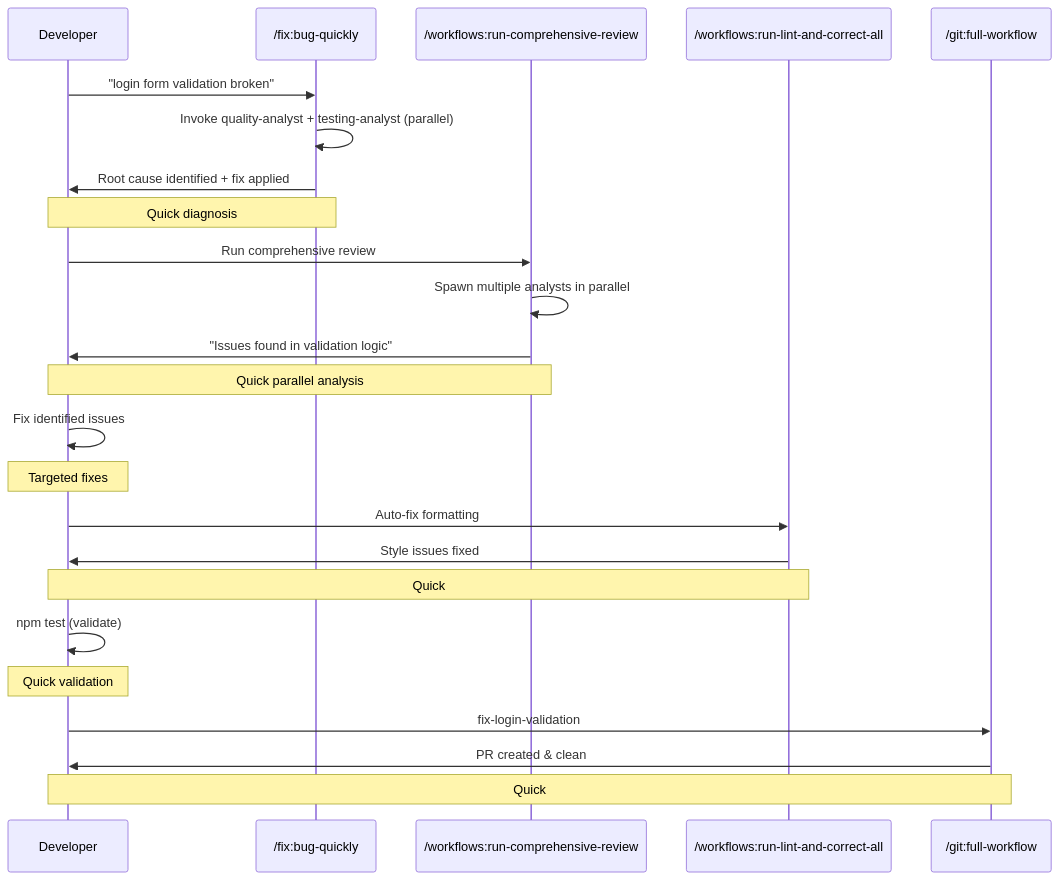
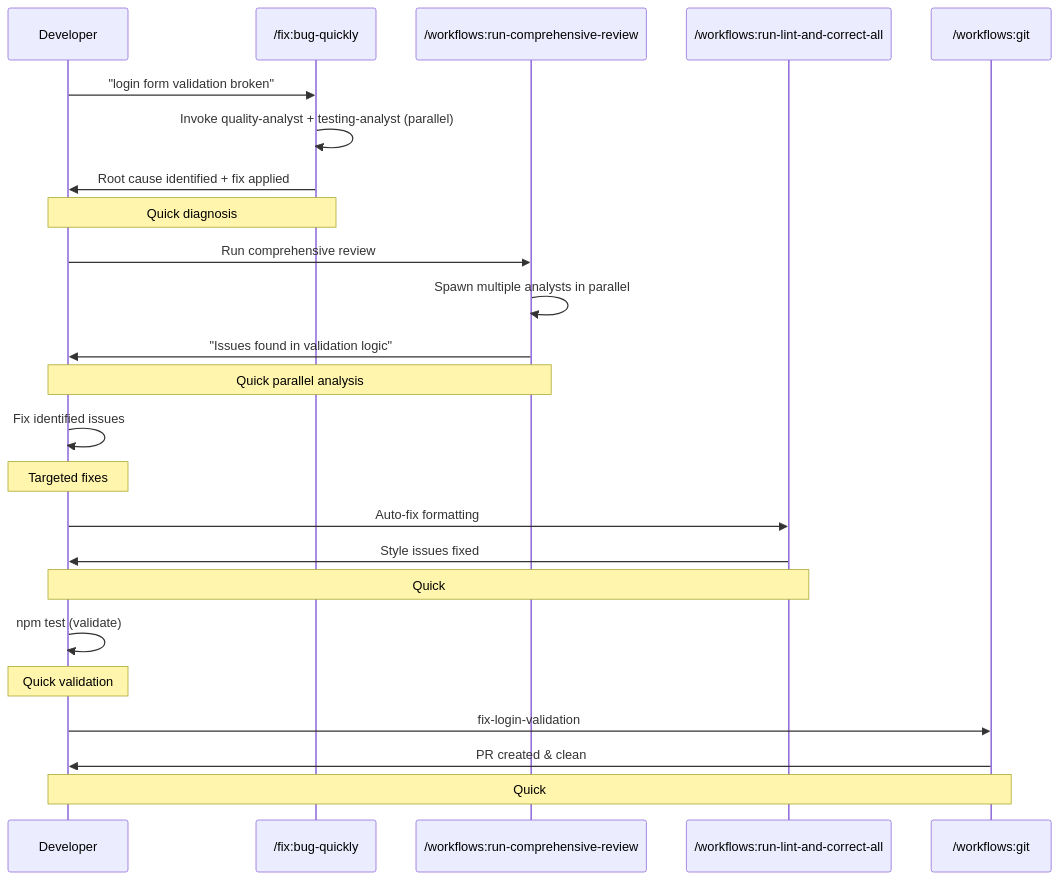
The second of 8 diagrams in docs/typical-workflows.md (thomasholknielsen/claude-code-config), drawn with Mermaid before and after one commit. The commit also changed other lines of this file and 198 other files, not shown here.

````diff
--- a/docs/typical-workflows.md
+++ b/docs/typical-workflows.md
@@ -111,32 +115,32 @@
 ```mermaid
 sequenceDiagram
     participant Dev as Developer
     participant Fix as /fix:bug-quickly
     participant Review as /workflows:run-comprehensive-review
     participant Lint as /workflows:run-lint-and-correct-all
-    participant Git as /git:full-workflow
+    participant Git as /workflows:git
 
     Dev->>Fix: "login form validation broken"
     Fix->>Fix: Invoke quality-analyst + testing-analyst (parallel)
     Fix->>Dev: Root cause identified + fix applied
     Note over Dev,Fix: Quick diagnosis
 
     Dev->>Review: Run comprehensive review
     Review->>Review: Spawn multiple analysts in parallel
     Review->>Dev: "Issues found in validation logic"
     Note over Dev,Review: Quick parallel analysis
 
     Dev->>Dev: Fix identified issues
     Note over Dev: Targeted fixes
 
     Dev->>Lint: Auto-fix formatting
     Lint->>Dev: Style issues fixed
     Note over Dev,Lint: Quick
 
     Dev->>Dev: npm test (validate)
     Note over Dev: Quick validation
 
     Dev->>Git: fix-login-validation
     Git->>Dev: PR created & clean
     Note over Dev,Git: Quick
 ```
````
